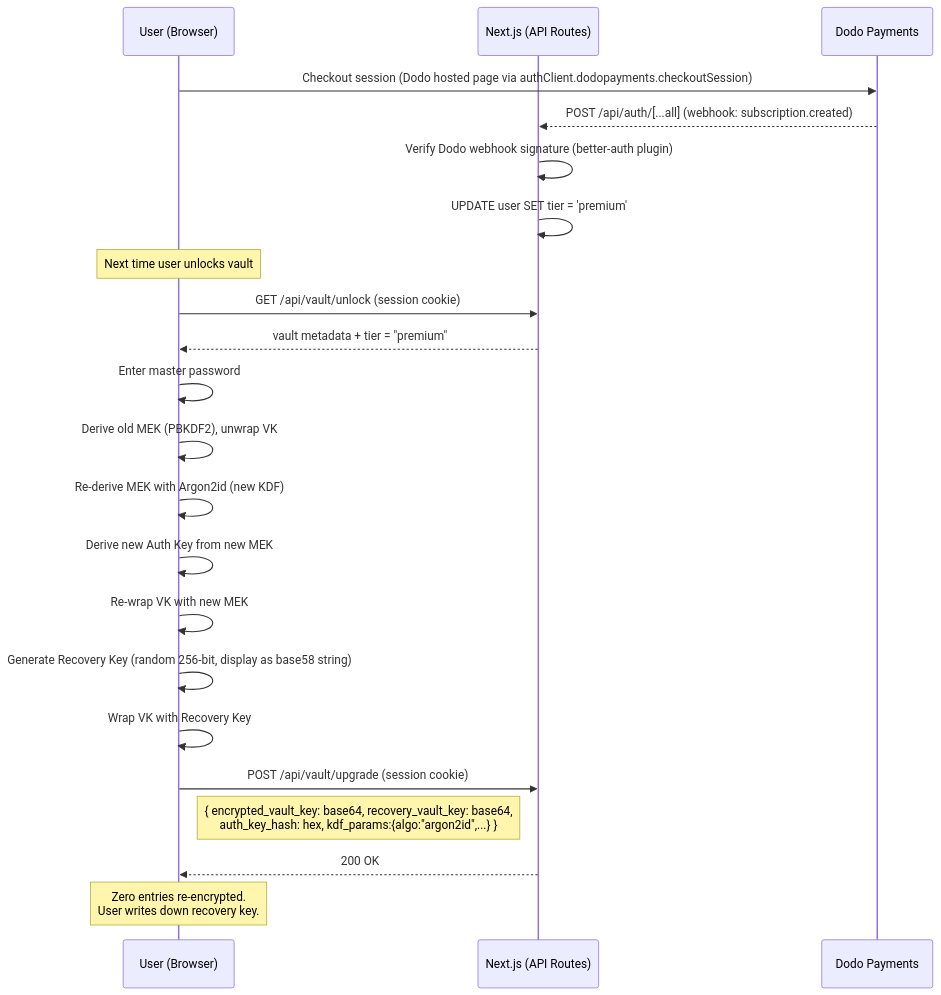
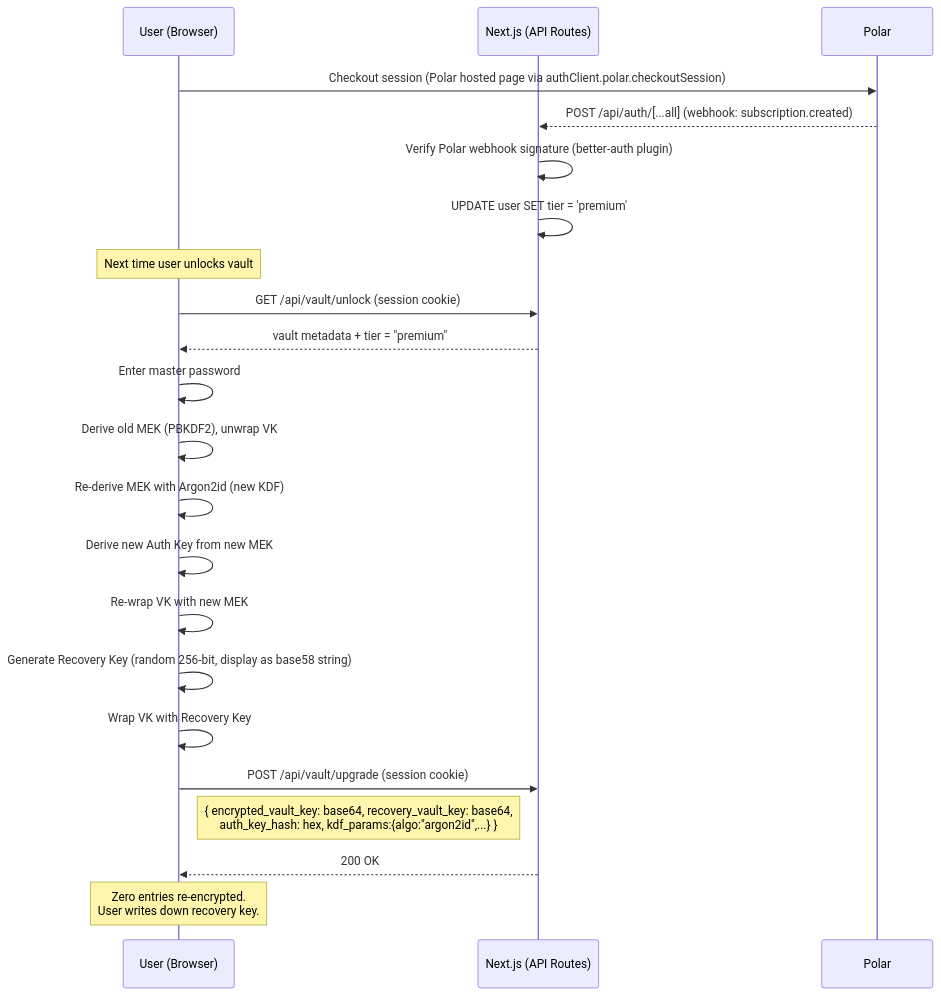
One commit to kunalsinghdadhwal/lockr changed the eighth of 8 diagrams in docs/ARCHITECTURE.md. Above: the diagram before and after it, drawn with Mermaid. The commit also changed other lines of this file and 1 other file, not shown here.

Commit message:
polar and crypto

````diff
--- a/docs/ARCHITECTURE.md
+++ b/docs/ARCHITECTURE.md
@@ -425,30 +425,30 @@
 ```mermaid
 sequenceDiagram
     participant U as User (Browser)
     participant N as Next.js (API Routes)
-    participant D as Dodo Payments
+    participant D as Polar
 
-    U->>D: Checkout session (Dodo hosted page via authClient.dodopayments.checkoutSession)
+    U->>D: Checkout session (Polar hosted page via authClient.polar.checkoutSession)
     D-->>N: POST /api/auth/[...all] (webhook: subscription.created)
-    N->>N: Verify Dodo webhook signature (better-auth plugin)
+    N->>N: Verify Polar webhook signature (better-auth plugin)
     N->>N: UPDATE user SET tier = 'premium'
 
     Note over U: Next time user unlocks vault
     U->>N: GET /api/vault/unlock (session cookie)
     N-->>U: vault metadata + tier = "premium"
 
     U->>U: Enter master password
     U->>U: Derive old MEK (PBKDF2), unwrap VK
 
     U->>U: Re-derive MEK with Argon2id (new KDF)
     U->>U: Derive new Auth Key from new MEK
     U->>U: Re-wrap VK with new MEK
     U->>U: Generate Recovery Key (random 256-bit, display as base58 string)
     U->>U: Wrap VK with Recovery Key
 
     U->>N: POST /api/vault/upgrade (session cookie)
     Note right of U: { encrypted_vault_key: base64, recovery_vault_key: base64,<br/>auth_key_hash: hex, kdf_params:{algo:"argon2id",...} }
     N-->>U: 200 OK
 
     Note over U: Zero entries re-encrypted.<br/>User writes down recovery key.
 ```
````
